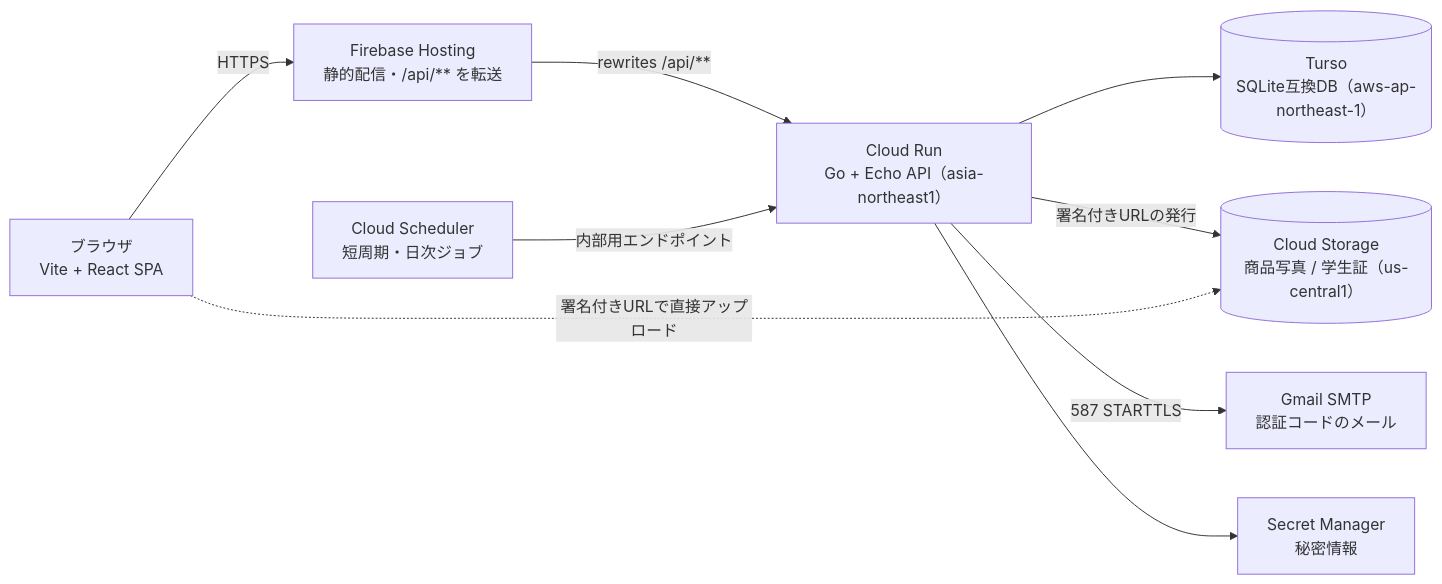
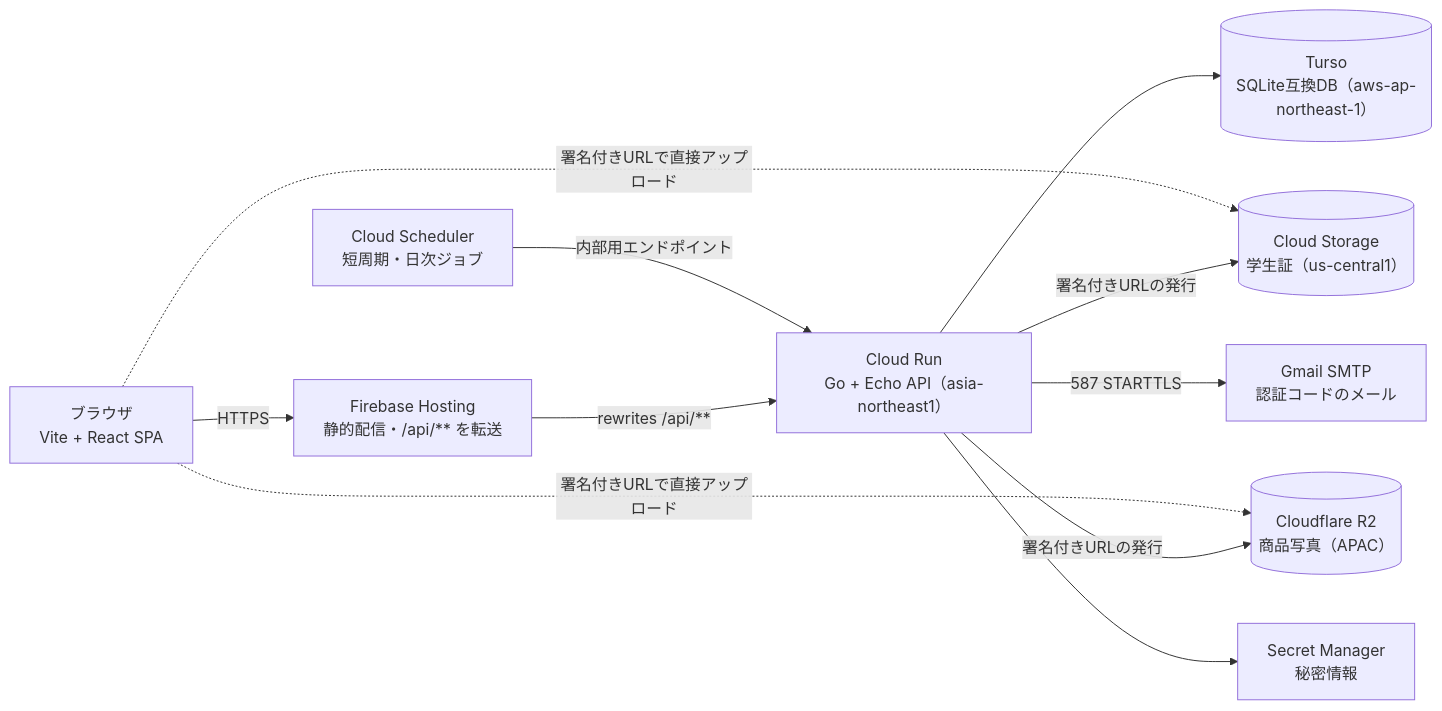
One commit to takuma0403/osagari_web changed the diagram in docs/tech/00-overview.md. Above: the diagram before and after it, drawn with Mermaid. The commit also changed other lines of this file, not shown here.

Commit message:
📝 docs: 構成と費用に Cloudflare R2 を加える ARCH, COST (#140)

````diff
--- a/docs/tech/00-overview.md
+++ b/docs/tech/00-overview.md
@@ -15,19 +15,22 @@
 ```mermaid
 flowchart LR
   B["ブラウザ<br/>Vite + React SPA"]
   H["Firebase Hosting<br/>静的配信・/api/** を転送"]
   R["Cloud Run<br/>Go + Echo API（asia-northeast1）"]
   T[("Turso<br/>SQLite互換DB（aws-ap-northeast-1）")]
-  S[("Cloud Storage<br/>商品写真 / 学生証（us-central1）")]
+  S[("Cloud Storage<br/>学生証（us-central1）")]
+  R2[("Cloudflare R2<br/>商品写真（APAC）")]
   G["Gmail SMTP<br/>認証コードのメール"]
   C["Cloud Scheduler<br/>短周期・日次ジョブ"]
   M["Secret Manager<br/>秘密情報"]
   B -->|"HTTPS"| H
   H -->|"rewrites /api/**"| R
   R --> T
   R -->|"署名付きURLの発行"| S
+  R -->|"署名付きURLの発行"| R2
   B -.->|"署名付きURLで直接アップロード"| S
+  B -.->|"署名付きURLで直接アップロード"| R2
   R -->|"587 STARTTLS"| G
   C -->|"内部用エンドポイント"| R
   R --> M
 ```
````
